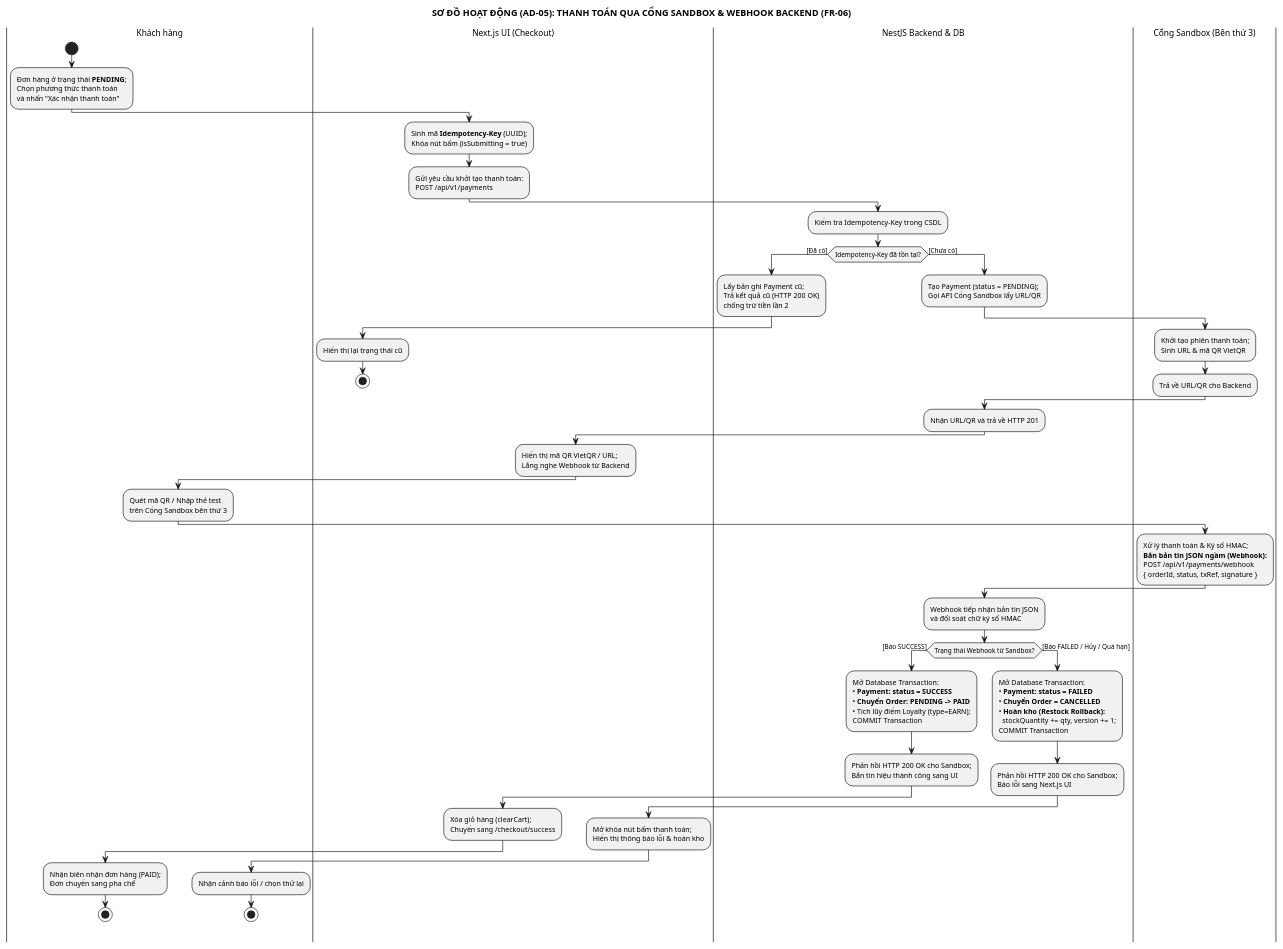
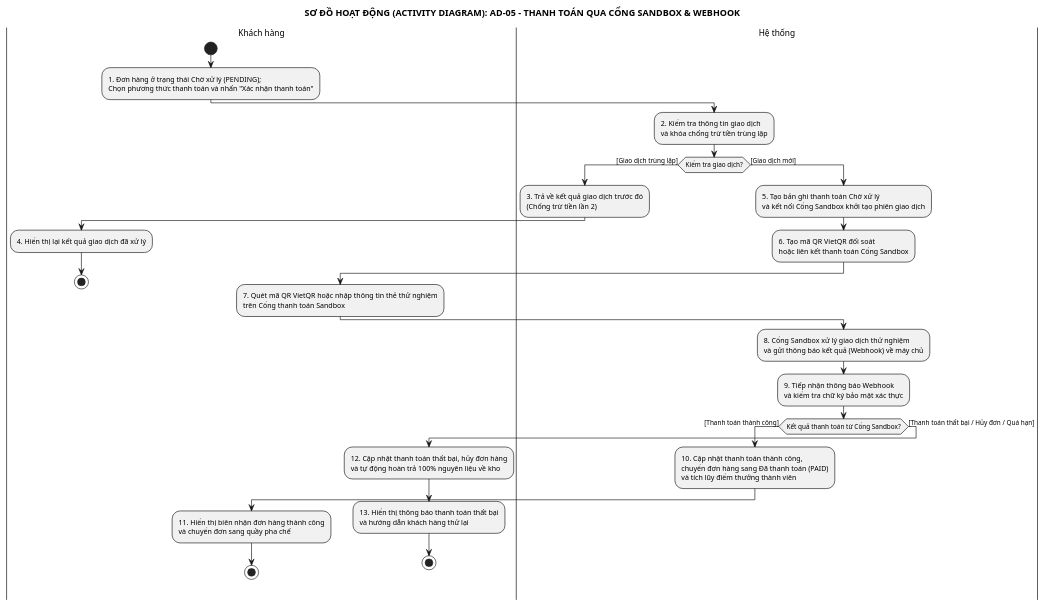
Before and after one commit to SamuiSang/brewlite2: the diagram in docs/diagrams/activity-05-payment.puml, drawn with PlantUML. The commit also changed 1 other file, not shown here.

```diff
--- a/docs/diagrams/activity-05-payment.puml
+++ b/docs/diagrams/activity-05-payment.puml
@@ -1,88 +1,59 @@
 @startuml
-!pragma useVerticalIf on
 skinparam monochrome true
 skinparam shadowing false
 skinparam backgroundColor white
 skinparam defaultFontName "Segoe UI", "Arial", sans-serif
 
 skinparam ActivityBorderThickness 1
 skinparam ArrowThickness 1
 skinparam ActivityDiamondBorderThickness 1
 skinparam SwimlaneBorderThickness 1
 skinparam SwimlaneTitleFontSize 13
 skinparam SwimlaneTitleFontWeight bold
 skinparam ActivityFontSize 11
 skinparam ActivityDiamondFontSize 10
 skinparam ArrowFontSize 10
-skinparam ActivityMaxWidth 170
+skinparam ActivityMaxWidth 200
 
-title SƠ ĐỒ HOẠT ĐỘNG (AD-05): THANH TOÁN QUA CỔNG SANDBOX & WEBHOOK BACKEND (FR-06)
+title SƠ ĐỒ HOẠT ĐỘNG (ACTIVITY DIAGRAM): AD-05 - THANH TOÁN QUA CỔNG SANDBOX & WEBHOOK
 
 |Khách hàng|
-|Next.js UI (Checkout)|
-|NestJS Backend & DB|
-|Cổng Sandbox (Bên thứ 3)|
+|Hệ thống|
 
 |Khách hàng|
 start
-:Đơn hàng ở trạng thái **PENDING**;\nChọn phương thức thanh toán\nvà nhấn "Xác nhận thanh toán";
+:1. Đơn hàng ở trạng thái Chờ xử lý (PENDING);\nChọn phương thức thanh toán và nhấn "Xác nhận thanh toán";
 
-|Next.js UI (Checkout)|
-:Sinh mã **Idempotency-Key** (UUID);\nKhóa nút bấm (isSubmitting = true);
-:Gửi yêu cầu khởi tạo thanh toán:\nPOST /api/v1/payments;
+|Hệ thống|
+:2. Kiểm tra thông tin giao dịch\nvà khóa chống trừ tiền trùng lặp;
 
-|NestJS Backend & DB|
-:Kiểm tra Idempotency-Key trong CSDL;
-
-if (Idempotency-Key đã tồn tại?) then ([Đã có])
-  :Lấy bản ghi Payment cũ;\nTrả kết quả cũ (HTTP 200 OK)\nchống trừ tiền lần 2;
-  |Next.js UI (Checkout)|
-  :Hiển thị lại trạng thái cũ;
+if (Kiểm tra giao dịch?) then ([Giao dịch trùng lặp])
+  :3. Trả về kết quả giao dịch trước đó\n(Chống trừ tiền lần 2);
+  |Khách hàng|
+  :4. Hiển thị lại kết quả giao dịch đã xử lý;
   stop
-else ([Chưa có])
-  |NestJS Backend & DB|
-  :Tạo Payment (status = PENDING);\nGọi API Cổng Sandbox lấy URL/QR;
-  
-  |Cổng Sandbox (Bên thứ 3)|
-  :Khởi tạo phiên thanh toán;\nSinh URL & mã QR VietQR;
-  :Trả về URL/QR cho Backend;
-  
-  |NestJS Backend & DB|
-  :Nhận URL/QR và trả về HTTP 201;
-  
-  |Next.js UI (Checkout)|
-  :Hiển thị mã QR VietQR / URL;\nLắng nghe Webhook từ Backend;
+else ([Giao dịch mới])
+  |Hệ thống|
+  :5. Tạo bản ghi thanh toán Chờ xử lý\nvà kết nối Cổng Sandbox khởi tạo phiên giao dịch;
+  :6. Tạo mã QR VietQR đối soát\nhoặc liên kết thanh toán Cổng Sandbox;
   
   |Khách hàng|
-  :Quét mã QR / Nhập thẻ test\ntrên Cổng Sandbox bên thứ 3;
+  :7. Quét mã QR VietQR hoặc nhập thông tin thẻ thử nghiệm\ntrên Cổng thanh toán Sandbox;
   
-  |Cổng Sandbox (Bên thứ 3)|
-  :Xử lý thanh toán & Ký số HMAC;\n**Bắn bản tin JSON ngầm (Webhook):**\nPOST /api/v1/payments/webhook\n{ orderId, status, txRef, signature };
+  |Hệ thống|
+  :8. Cổng Sandbox xử lý giao dịch thử nghiệm\nvà gửi thông báo kết quả (Webhook) về máy chủ;
+  :9. Tiếp nhận thông báo Webhook\nvà kiểm tra chữ ký bảo mật xác thực;
   
-  |NestJS Backend & DB|
-  :Webhook tiếp nhận bản tin JSON\nvà đối soát chữ ký số HMAC;
-  
-  if (Trạng thái Webhook từ Sandbox?) then ([Báo SUCCESS])
-    :Mở Database Transaction:\n• **Payment: status = SUCCESS**\n• **Chuyển Order: PENDING -> PAID**\n• Tích lũy điểm Loyalty (type=EARN);\nCOMMIT Transaction;
-    :Phản hồi HTTP 200 OK cho Sandbox;\nBắn tín hiệu thành công sang UI;
-    
-    |Next.js UI (Checkout)|
-    :Xóa giỏ hàng (clearCart);\nChuyển sang /checkout/success;
-    
+  if (Kết quả thanh toán từ Cổng Sandbox?) then ([Thanh toán thành công])
+    :10. Cập nhật thanh toán thành công,\nchuyển đơn hàng sang Đã thanh toán (PAID)\nvà tích lũy điểm thưởng thành viên;
     |Khách hàng|
-    :Nhận biên nhận đơn hàng (PAID);\nĐơn chuyển sang pha chế;
+    :11. Hiển thị biên nhận đơn hàng thành công\nvà chuyển đơn sang quầy pha chế;
     stop
-  else ([Báo FAILED / Hủy / Quá hạn])
-    |NestJS Backend & DB|
-    :Mở Database Transaction:\n• **Payment: status = FAILED**\n• **Chuyển Order = CANCELLED**\n• **Hoàn kho (Restock Rollback):**\n  stockQuantity += qty, version += 1;\nCOMMIT Transaction;
-    :Phản hồi HTTP 200 OK cho Sandbox;\nBáo lỗi sang Next.js UI;
-    
-    |Next.js UI (Checkout)|
-    :Mở khóa nút bấm thanh toán;\nHiển thị thông báo lỗi & hoàn kho;
-    
+  else ([Thanh toán thất bại / Hủy đơn / Quá hạn])
+    :12. Cập nhật thanh toán thất bại, hủy đơn hàng\nvà tự động hoàn trả 100% nguyên liệu về kho;
     |Khách hàng|
-    :Nhận cảnh báo lỗi / chọn thử lại;
+    :13. Hiển thị thông báo thanh toán thất bại\nvà hướng dẫn khách hàng thử lại;
     stop
   endif
 endif
 @enduml
```
